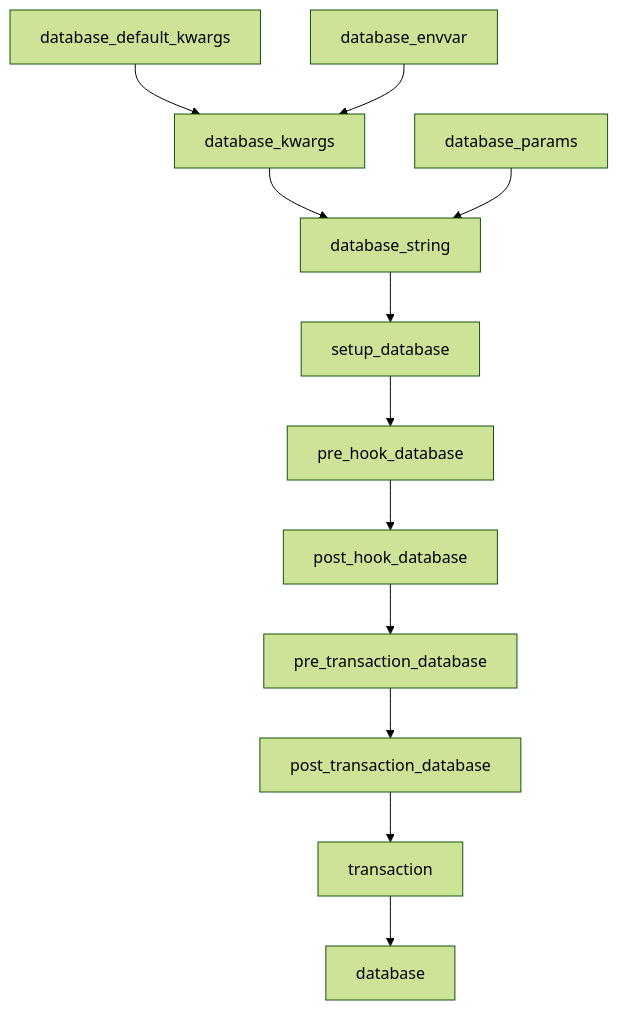
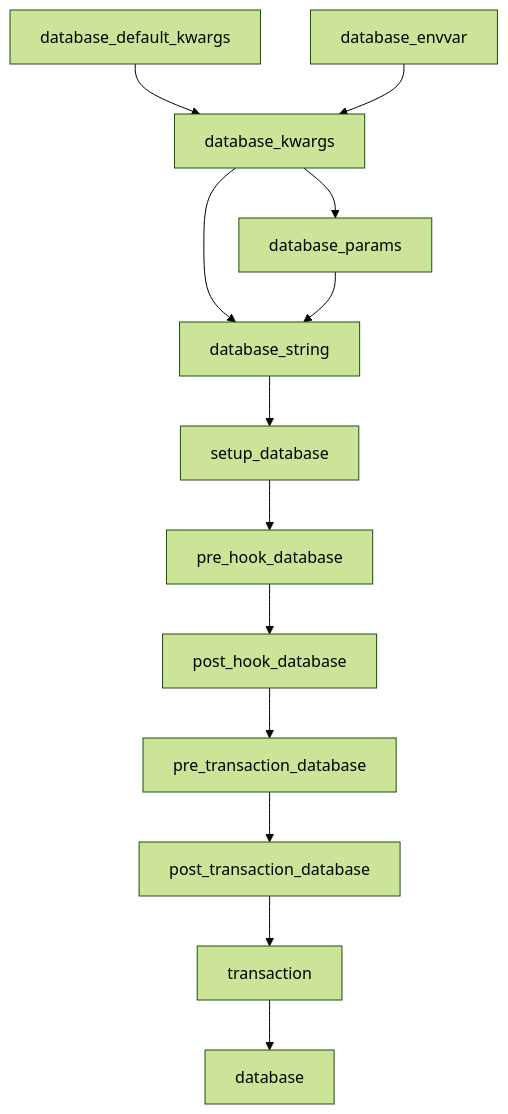
The diagram in docs/fixtures.md (johanjk/pytest_peewee), drawn with Mermaid (forest theme) before and after one commit. The commit also changed 11 other files, not shown here.

````diff
--- a/docs/fixtures.md
+++ b/docs/fixtures.md
@@ -30,29 +30,30 @@
 ```mermaid
 flowchart TD;
   DDK["database_default_kwargs"];
   DE["database_envvar"];
   DK["database_kwargs"];
   DP["database_params"];
   DS["database_string"];
   SD["setup_database"];
 
   PH0["pre_hook_database"];
   PH1["post_hook_database"];
   PT0["pre_transaction_database"];
   PT1["post_transaction_database"];
   T["transaction"];
   D["database"];
 
   DDK --> DK;
   DE --> DK;
   DK --> DS;
+  DK --> DP;
   DP --> DS;
   DS --> SD;
 
   SD --> PH0;
   PH0 --> PH1;
   PH1 --> PT0;
   PT0 --> PT1;
   PT1 --> T;
   T --> D;
 ```
````
